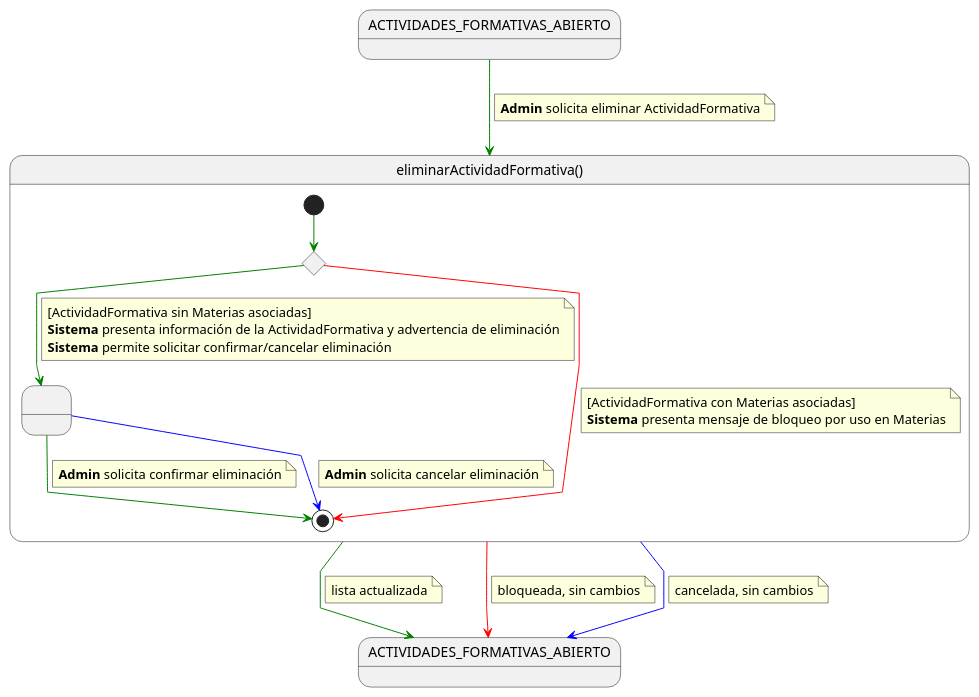
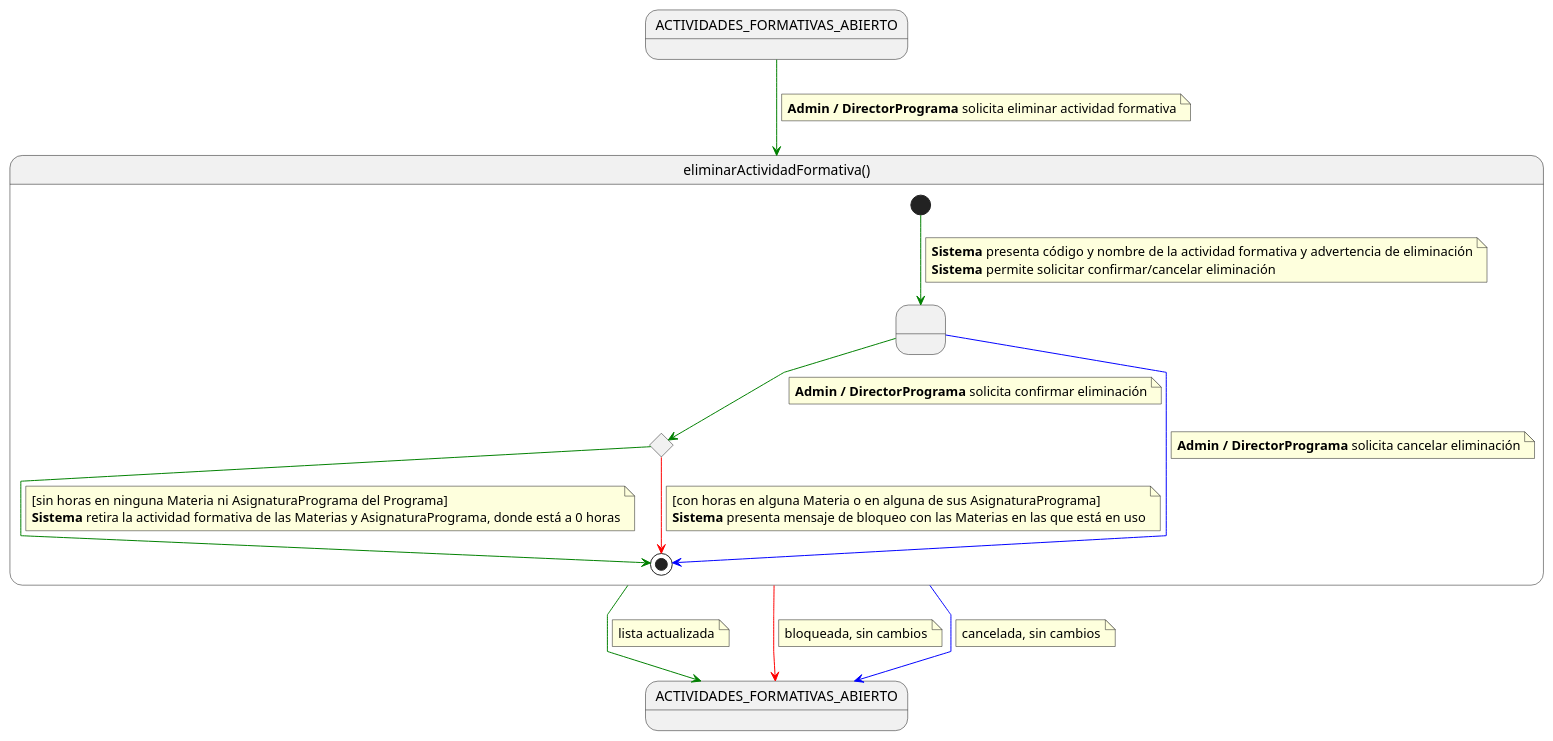
Before and after one commit to mmasias/pyCeldaPublico: the diagram in RUP/01-requisitos/03-detalle-casos-uso/eliminarActividadFormativa/especificacion.puml, drawn with PlantUML. The commit also changed 573 other files, not shown here.

```diff
--- a/RUP/01-requisitos/03-detalle-casos-uso/eliminarActividadFormativa/especificacion.puml
+++ b/RUP/01-requisitos/03-detalle-casos-uso/eliminarActividadFormativa/especificacion.puml
@@ -1,59 +1,62 @@
 @startuml eliminarActividadFormativa
 
 skinparam linetype polyline
 
 state ACTIVIDADES_FORMATIVAS_ABIERTO
-state ACTIVIDADES_FORMATIVAS_ABIERTOS_SALIDA as "ACTIVIDADES_FORMATIVAS_ABIERTO"
+state ACTIVIDADES_FORMATIVAS_ABIERTO_SALIDA as "ACTIVIDADES_FORMATIVAS_ABIERTO"
 
 ACTIVIDADES_FORMATIVAS_ABIERTO -[#green]-> eliminarActividadFormativa
 note on link
-<b>Admin</b> solicita eliminar ActividadFormativa
+<b>Admin / DirectorPrograma</b> solicita eliminar actividad formativa
 end note
 
 state eliminarActividadFormativa as "eliminarActividadFormativa()" {
 
     state " " as ConfirmandoEliminacion
     state c <<choice>>
 
-    [*] -[#green]-> c
+    [*] -[#green]-> ConfirmandoEliminacion
+    note on link
+    <b>Sistema</b> presenta código y nombre de la actividad formativa y advertencia de eliminación
+    <b>Sistema</b> permite solicitar confirmar/cancelar eliminación
+    end note
 
-    c -[#green]-> ConfirmandoEliminacion
+    ConfirmandoEliminacion -[#green]-> c
     note on link
-    [ActividadFormativa sin Materias asociadas]
-    <b>Sistema</b> presenta información de la ActividadFormativa y advertencia de eliminación
-    <b>Sistema</b> permite solicitar confirmar/cancelar eliminación
+    <b>Admin / DirectorPrograma</b> solicita confirmar eliminación
+    end note
+
+    c -[#green]-> [*]
+    note on link
+    [sin horas en ninguna Materia ni AsignaturaPrograma del Programa]
+    <b>Sistema</b> retira la actividad formativa de las Materias y AsignaturaPrograma, donde está a 0 horas
     end note
 
     c -[#red]-> [*]
     note on link
-    [ActividadFormativa con Materias asociadas]
-    <b>Sistema</b> presenta mensaje de bloqueo por uso en Materias
-    end note
-
-    ConfirmandoEliminacion -[#green]-> [*]
-    note on link
-    <b>Admin</b> solicita confirmar eliminación
+    [con horas en alguna Materia o en alguna de sus AsignaturaPrograma]
+    <b>Sistema</b> presenta mensaje de bloqueo con las Materias en las que está en uso
     end note
 
     ConfirmandoEliminacion -[#blue]-> [*]
     note on link
-    <b>Admin</b> solicita cancelar eliminación
+    <b>Admin / DirectorPrograma</b> solicita cancelar eliminación
     end note
 }
 
-eliminarActividadFormativa -[#green]-> ACTIVIDADES_FORMATIVAS_ABIERTOS_SALIDA
+eliminarActividadFormativa -[#green]-> ACTIVIDADES_FORMATIVAS_ABIERTO_SALIDA
 note on link
 lista actualizada
 end note
 
-eliminarActividadFormativa -[#red]-> ACTIVIDADES_FORMATIVAS_ABIERTOS_SALIDA
+eliminarActividadFormativa -[#red]-> ACTIVIDADES_FORMATIVAS_ABIERTO_SALIDA
 note on link
 bloqueada, sin cambios
 end note
 
-eliminarActividadFormativa -[#blue]-> ACTIVIDADES_FORMATIVAS_ABIERTOS_SALIDA
+eliminarActividadFormativa -[#blue]-> ACTIVIDADES_FORMATIVAS_ABIERTO_SALIDA
 note on link
 cancelada, sin cambios
 end note
 
 @enduml
```
